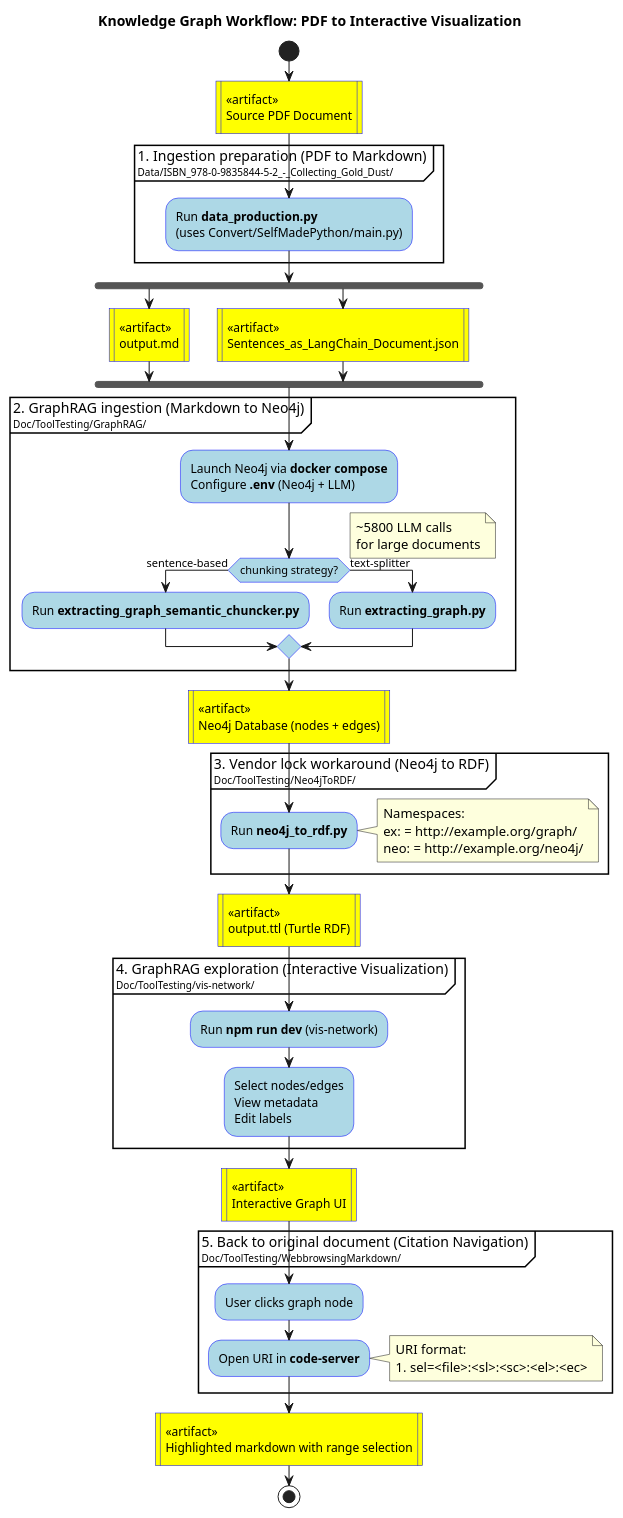
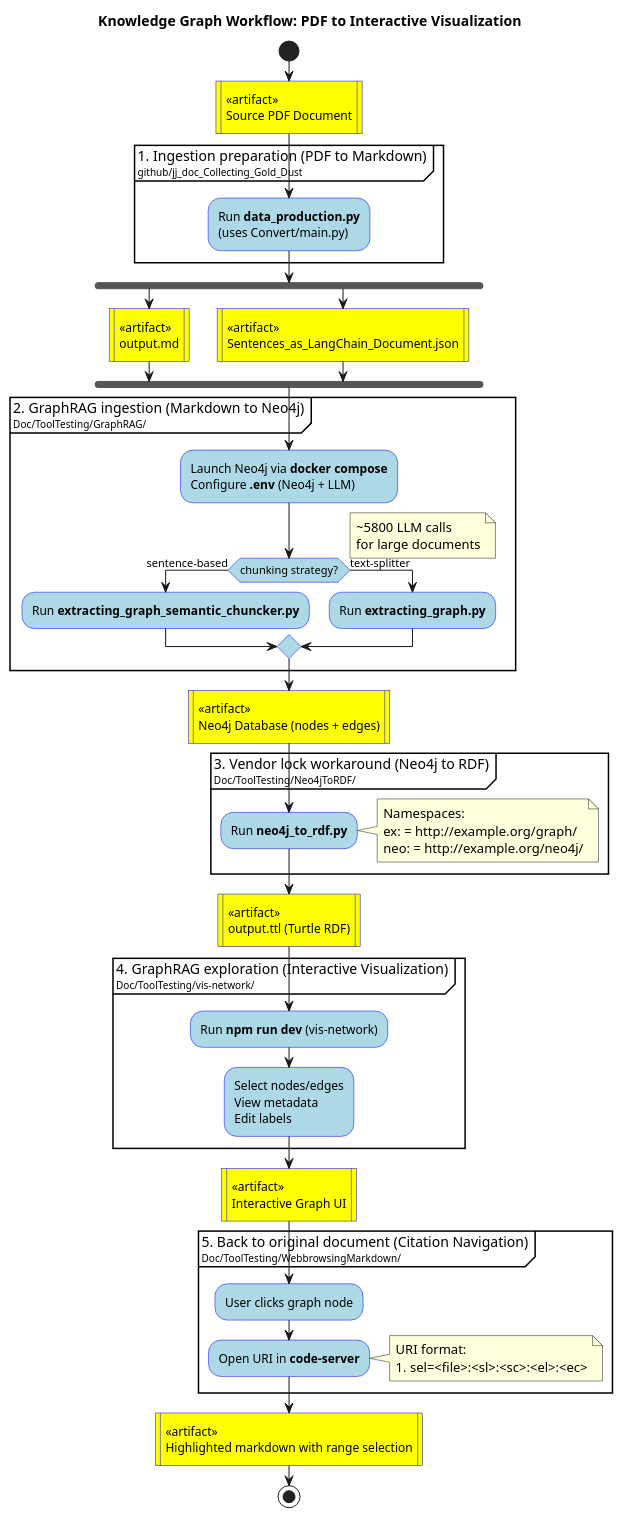
The diagram in Doc/Workflow/workflow.puml (EricBoix/jejune_project), drawn with PlantUML before and after one commit. The commit also changed 2 other files, not shown here.

Commit message:
Forgotten doc update after moving Collecting Gold Dust to separate repo.

```diff
--- a/Doc/Workflow/workflow.puml
+++ b/Doc/Workflow/workflow.puml
@@ -1,73 +1,73 @@
 @startuml
 title Knowledge Graph Workflow: PDF to Interactive Visualization
 
 skinparam activity {
   BackgroundColor #LightBlue
   BorderColor #Blue
 }
 
 start
 
 #Yellow:<<artifact>>\nSource PDF Document|
 
-partition "1. Ingestion preparation (PDF to Markdown)\n<size:10>Data/ISBN_978-0-9835844-5-2_-_Collecting_Gold_Dust/</size>" {
+partition "1. Ingestion preparation (PDF to Markdown)\n<size:10>github/jj_doc_Collecting_Gold_Dust</size>" {
   :Run **data_production.py**
-  (uses Convert/SelfMadePython/main.py);
+  (uses Convert/main.py);
 }
 
 fork
   #Yellow:<<artifact>>\noutput.md|
 fork again
   #Yellow:<<artifact>>\nSentences_as_LangChain_Document.json|
 end fork
 
 partition "2. GraphRAG ingestion (Markdown to Neo4j)\n<size:10>Doc/ToolTesting/GraphRAG/</size>" {
   :Launch Neo4j via **docker compose**
   Configure **.env** (Neo4j + LLM);
   if (chunking strategy?) then (sentence-based)
     :Run **extracting_graph_semantic_chuncker.py**;
   else (text-splitter)
     :Run **extracting_graph.py**;
   endif
   note right
     ~5800 LLM calls
     for large documents
   end note
 }
 
 #Yellow:<<artifact>>\nNeo4j Database (nodes + edges)|
 
 partition "3. Vendor lock workaround (Neo4j to RDF)\n<size:10>Doc/ToolTesting/Neo4jToRDF/</size>" {
   :Run **neo4j_to_rdf.py**;
   note right
     Namespaces:
     ex: = http://example.org/graph/
     neo: = http://example.org/neo4j/
   end note
 }
 
 #Yellow:<<artifact>>\noutput.ttl (Turtle RDF)|
 
 partition "4. GraphRAG exploration (Interactive Visualization)\n<size:10>Doc/ToolTesting/vis-network/</size>" {
   :Run **npm run dev** (vis-network);
   :Select nodes/edges
   View metadata
   Edit labels;
 }
 
 #Yellow:<<artifact>>\nInteractive Graph UI|
 
 partition "5. Back to original document (Citation Navigation)\n<size:10>Doc/ToolTesting/WebbrowsingMarkdown/</size>" {
   :User clicks graph node;
   :Open URI in **code-server**;
   note right
     URI format:
     #sel=<file>:<sl>:<sc>:<el>:<ec>
   end note
 }
 
 #Yellow:<<artifact>>\nHighlighted markdown with range selection|
 
 stop
 
 @enduml
```
